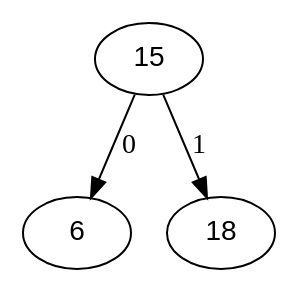
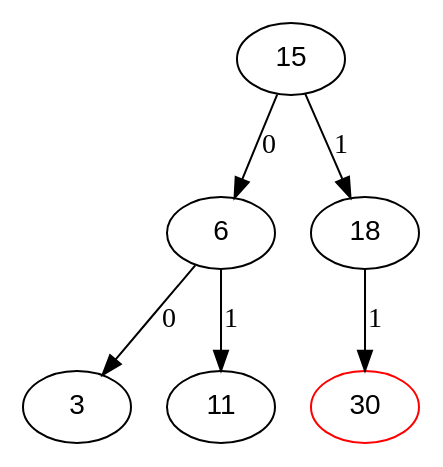
One commit to SergioMenaQuispe/visualizador changed the diagram in tree/tree.dot. Above: the diagram before and after it, drawn with Graphviz. The commit also changed 2 other files, not shown here.

```diff
--- a/tree/tree.dot
+++ b/tree/tree.dot
@@ -1,11 +1,22 @@
 digraph BST {
 	node [fontname="Arial"];
 	15
 
 	15 -> 6[label="0"]
 	6
 
+	6 -> 3[label="0"]
+	3
+
+	6 -> 11[label="1"]
+	11
+
 	15 -> 18[label="1"]
 	18
 
+	18 -> 30[label="1"]
+	30
+
+	30[color=red]
+
 }
```
